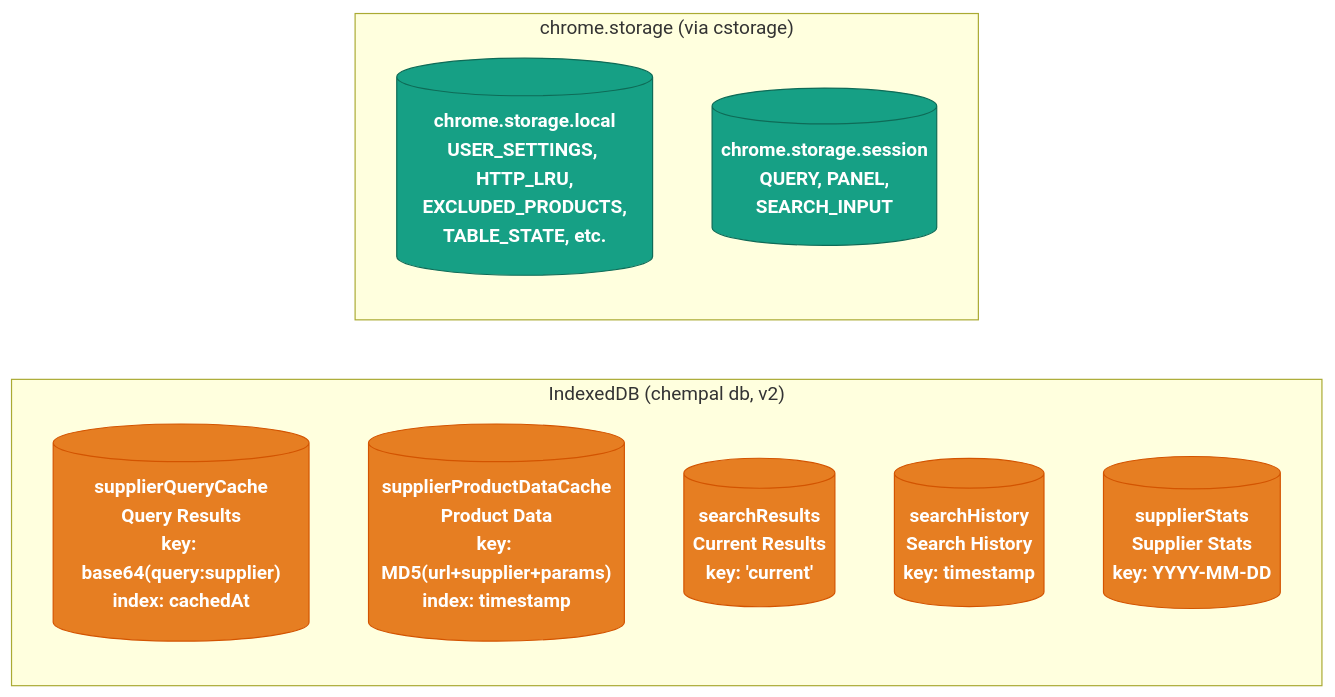
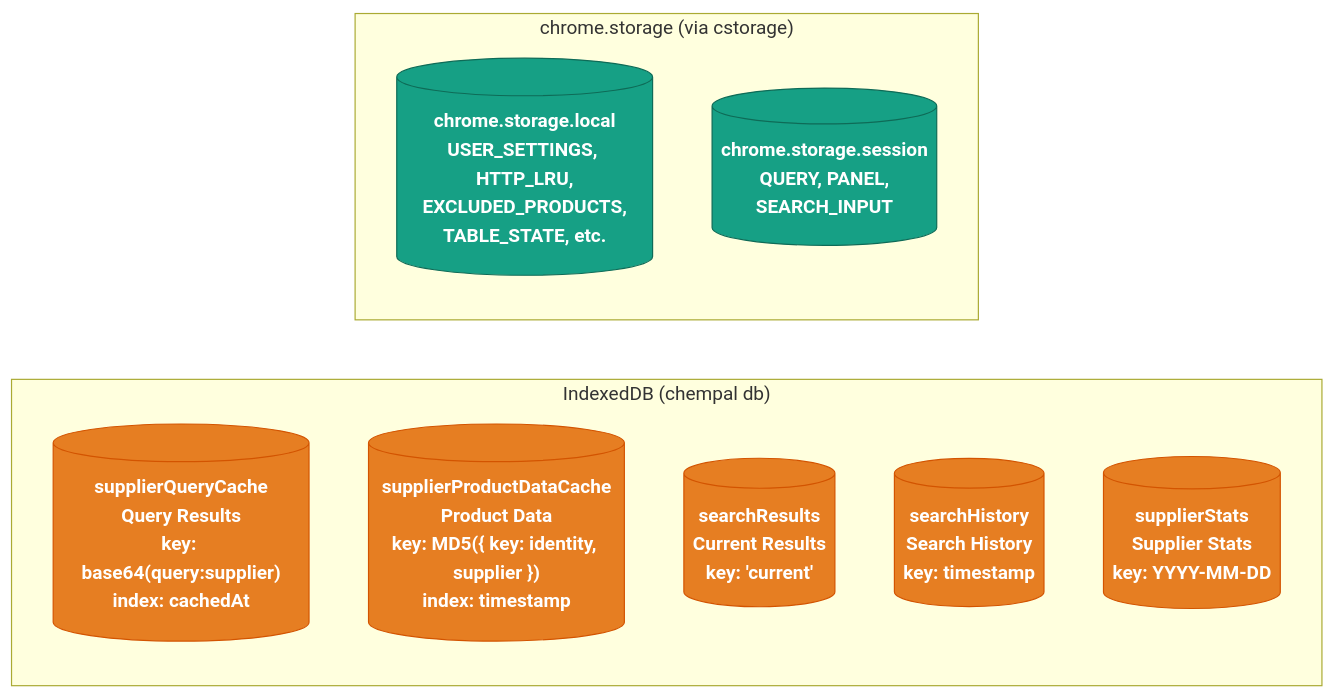
One commit to jhyland87/chem-pal changed the fifth of 5 diagrams in pages/diagrams/search-cache-flow.md. Above: the diagram before and after it, drawn with Mermaid. The commit also changed other lines of this file and 59 other files, not shown here.

````diff
--- a/pages/diagrams/search-cache-flow.md
+++ b/pages/diagrams/search-cache-flow.md
@@ -245,23 +322,23 @@
 ```mermaid
 flowchart LR
 linkStyle default stroke-width:4px;
 classDef idb fill:#E67E22,stroke:#D35400,color:#fff,font-weight:bold
 classDef cstorage fill:#16A085,stroke:#0E6B57,color:#fff,font-weight:bold
 
-subgraph IDB["IndexedDB (chempal db, v2)"]
+subgraph IDB["IndexedDB (chempal db)"]
 direction TB
 QCS[("supplierQueryCache\nQuery Results\nkey: base64(query:supplier)\nindex: cachedAt")]
-PDS[("supplierProductDataCache\nProduct Data\nkey: MD5(url+supplier+params)\nindex: timestamp")]
+PDS[("supplierProductDataCache\nProduct Data\nkey: MD5({ key: identity, supplier })\nindex: timestamp")]
 SRS[("searchResults\nCurrent Results\nkey: 'current'")]
 SHS[("searchHistory\nSearch History\nkey: timestamp")]
 SSS[("supplierStats\nSupplier Stats\nkey: YYYY-MM-DD")]
 end
 subgraph CS["chrome.storage (via cstorage)"]
 direction TB
 LOCAL[("chrome.storage.local\nUSER_SETTINGS, HTTP_LRU,\nEXCLUDED_PRODUCTS,\nTABLE_STATE, etc.")]
 SESSION[("chrome.storage.session\nQUERY, PANEL,\nSEARCH_INPUT")]
 end
 
 class QCS,PDS,SRS,SHS,SSS idb
 class LOCAL,SESSION cstorage
 ```
````
